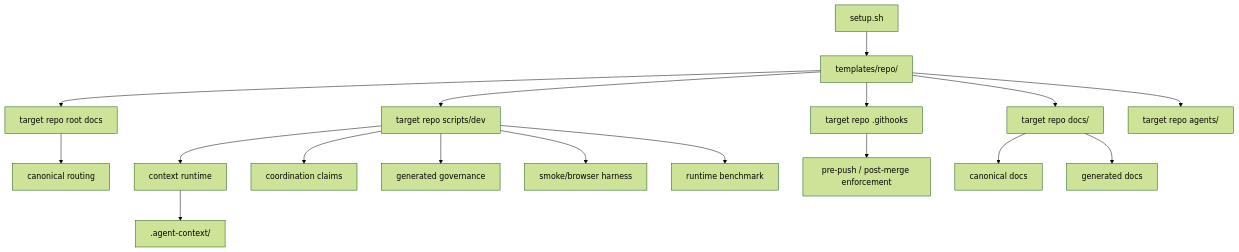
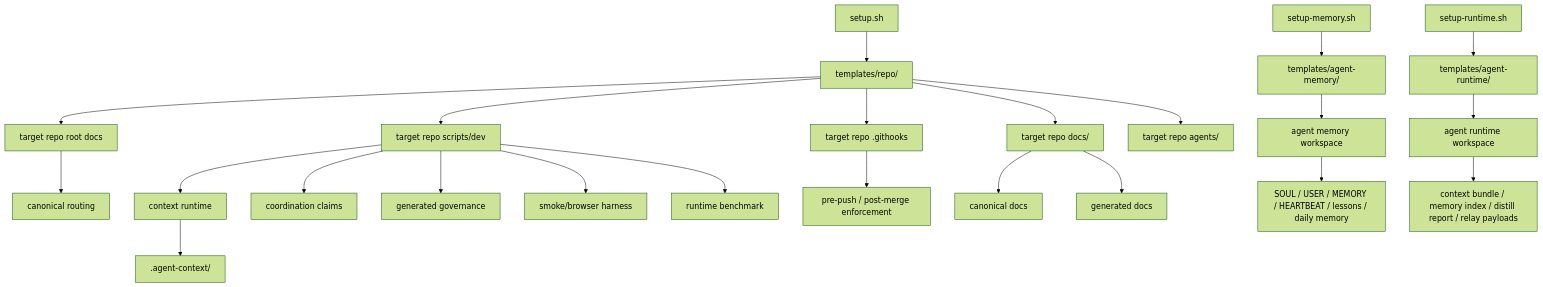
One commit to eunjuhyun88/memento-kit changed the diagram in docs/KIT_ARCHITECTURE.md. Above: the diagram before and after it, drawn with Mermaid (forest theme). The commit also changed other lines of this file and 71 other files, not shown here.

Commit message:
Add Claude, memory, and runtime layers

````diff
--- a/docs/KIT_ARCHITECTURE.md
+++ b/docs/KIT_ARCHITECTURE.md
@@ -19,19 +19,25 @@
 ```mermaid
 flowchart TD
   A["setup.sh"] --> B["templates/repo/"]
+  A2["setup-memory.sh"] --> B2["templates/agent-memory/"]
+  A3["setup-runtime.sh"] --> B3["templates/agent-runtime/"]
   B --> C["target repo root docs"]
   B --> D["target repo scripts/dev"]
   B --> E["target repo .githooks"]
   B --> F["target repo docs/"]
   B --> F2["target repo agents/"]
+  B2 --> W["agent memory workspace"]
+  B3 --> R["agent runtime workspace"]
   C --> G["canonical routing"]
   D --> H["context runtime"]
   D --> H2["coordination claims"]
   D --> I["generated governance"]
   D --> J["smoke/browser harness"]
   E --> K["pre-push / post-merge enforcement"]
   F --> L["canonical docs"]
   F --> M["generated docs"]
   H --> N[".agent-context/"]
   D --> O["runtime benchmark"]
+  W --> W2["SOUL / USER / MEMORY / HEARTBEAT / lessons / daily memory"]
+  R --> R2["context bundle / memory index / distill report / relay payloads"]
 ```
````
